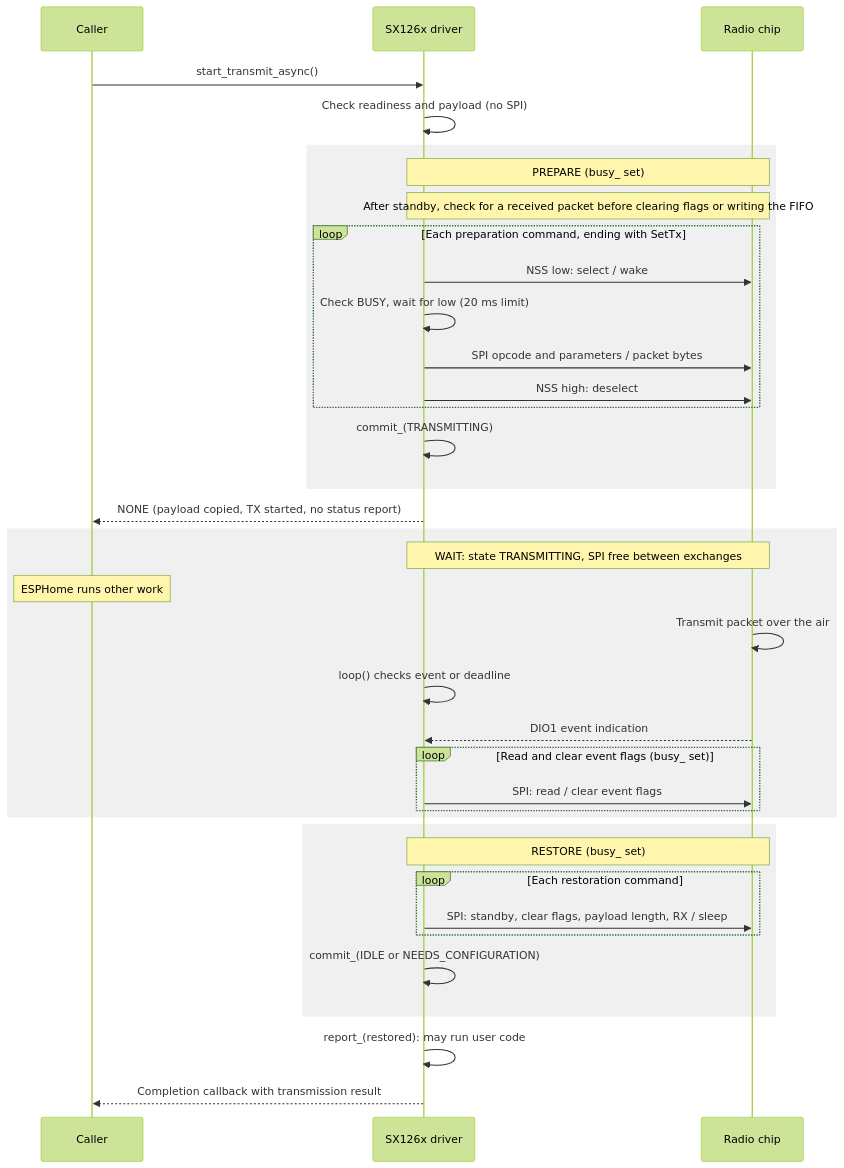
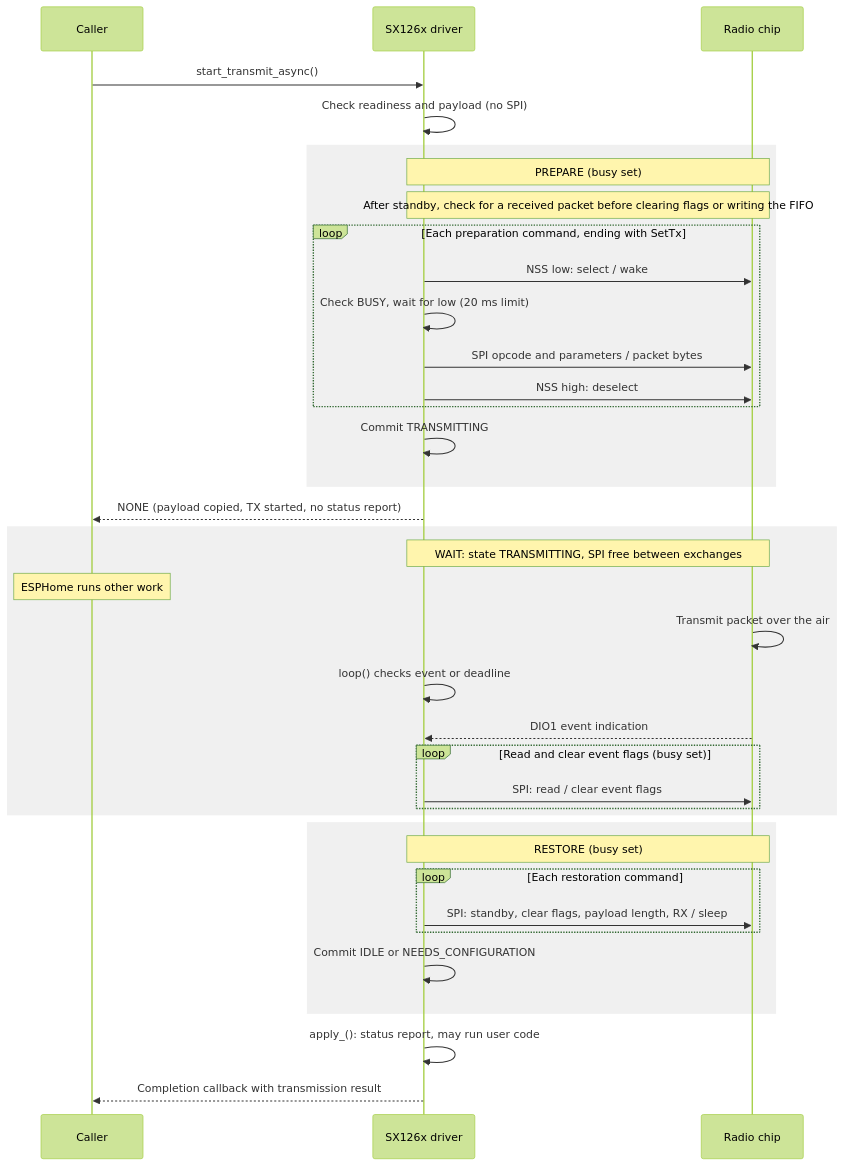
The first of 2 diagrams in esphome/components/sx126x/implementation.md (esphome/esphome), drawn with Mermaid (forest theme) before and after one commit. The commit also changed other lines of this file and 5 other files, not shown here.

````diff
--- a/esphome/components/sx126x/implementation.md
+++ b/esphome/components/sx126x/implementation.md
@@ -94,40 +103,40 @@
 ```mermaid
 sequenceDiagram
     participant C as Caller
     participant D as SX126x driver
     participant R as Radio chip
 
     C->>D: start_transmit_async()
     D->>D: Check readiness and payload (no SPI)
     rect rgba(128, 128, 128, 0.12)
-        Note over D,R: PREPARE (busy_ set)
+        Note over D,R: PREPARE (busy set)
         Note over D,R: After standby, check for a received packet before clearing flags or writing the FIFO
         loop Each preparation command, ending with SetTx
             D->>R: NSS low: select / wake
             D->>D: Check BUSY, wait for low (20 ms limit)
             D->>R: SPI opcode and parameters / packet bytes
             D->>R: NSS high: deselect
         end
-        D->>D: commit_(TRANSMITTING)
+        D->>D: Commit TRANSMITTING
     end
     D-->>C: NONE (payload copied, TX started, no status report)
     rect rgba(128, 128, 128, 0.12)
         Note over D,R: WAIT: state TRANSMITTING, SPI free between exchanges
         Note over C: ESPHome runs other work
         R->>R: Transmit packet over the air
         D->>D: loop() checks event or deadline
         R-->>D: DIO1 event indication
-        loop Read and clear event flags (busy_ set)
+        loop Read and clear event flags (busy set)
             D->>R: SPI: read / clear event flags
         end
     end
     rect rgba(128, 128, 128, 0.12)
-        Note over D,R: RESTORE (busy_ set)
+        Note over D,R: RESTORE (busy set)
         loop Each restoration command
             D->>R: SPI: standby, clear flags, payload length, RX / sleep
         end
-        D->>D: commit_(IDLE or NEEDS_CONFIGURATION)
+        D->>D: Commit IDLE or NEEDS_CONFIGURATION
     end
-    D->>D: report_(restored): may run user code
+    D->>D: apply_(): status report, may run user code
     D-->>C: Completion callback with transmission result
 ```
````
